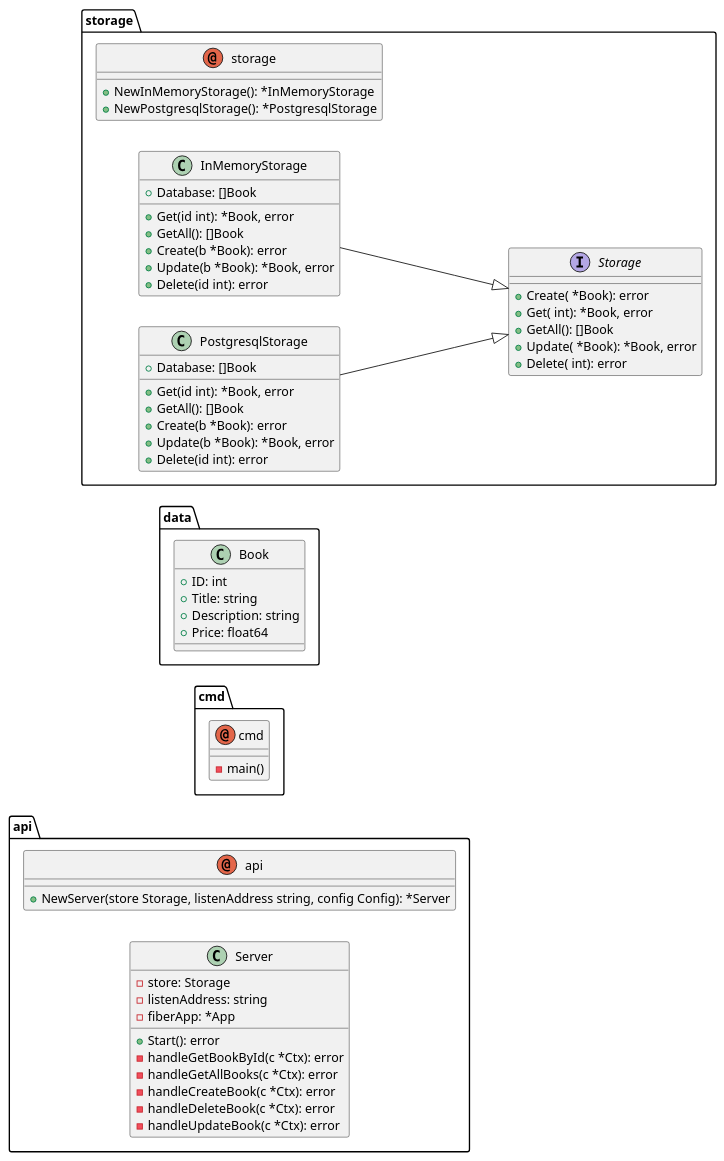
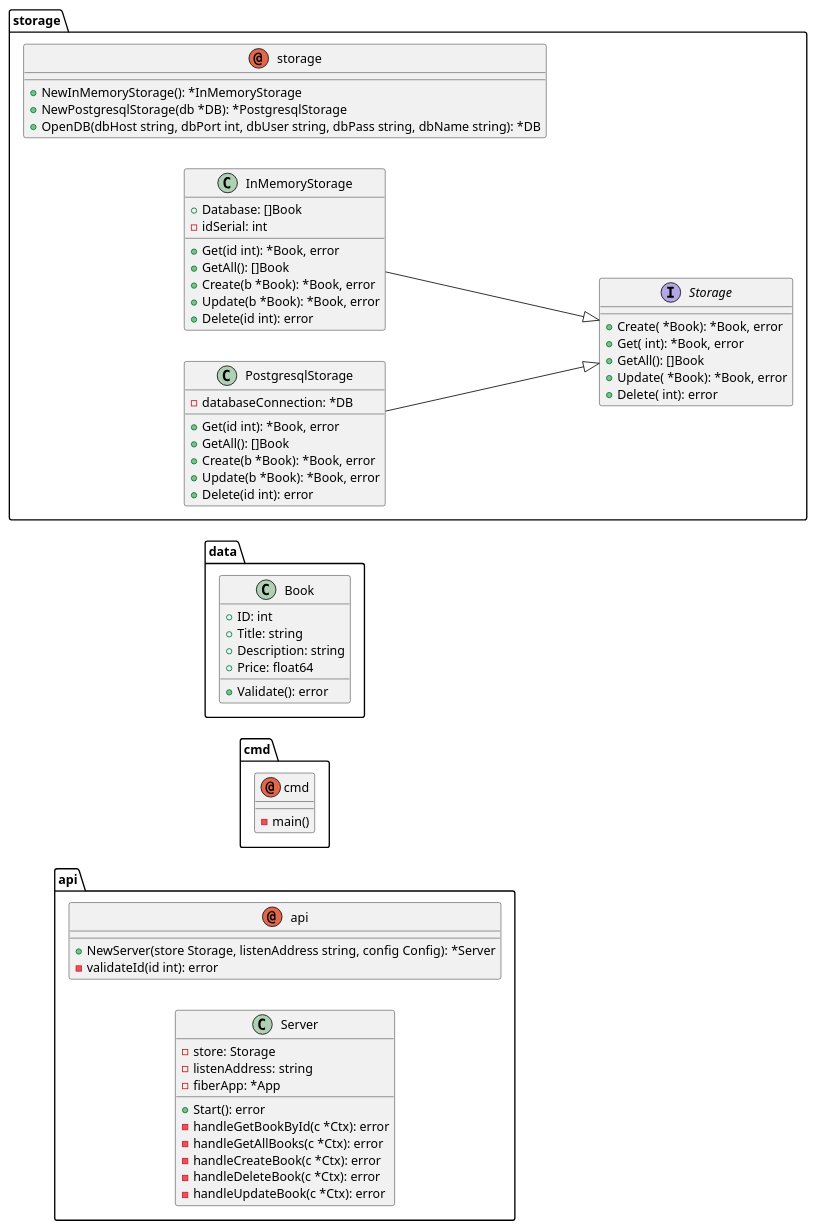
The diagram in docs/graph.puml (torbendury/books-go), drawn with PlantUML before and after one commit.

Commit message:
chore: PlantUML graph

```diff
--- a/docs/graph.puml
+++ b/docs/graph.puml
@@ -1,71 +1,74 @@
 @startuml
 left to right direction
 package api{
 annotation api {
 
 
 +NewServer(store Storage, listenAddress string, config Config): *Server
+-validateId(id int): error
 }
 class Server {
 -store: Storage
 -listenAddress: string
 -fiberApp: *App
 +Start(): error
 -handleGetBookById(c *Ctx): error
 -handleGetAllBooks(c *Ctx): error
 -handleCreateBook(c *Ctx): error
 -handleDeleteBook(c *Ctx): error
 -handleUpdateBook(c *Ctx): error
 }
 }
 package cmd{
 annotation cmd {
 
 
 -main()
 }
 }
 package data{
 class Book {
 +ID: int
 +Title: string
 +Description: string
 +Price: float64
-
++Validate(): error
 }
 }
 package storage{
 annotation storage {
 
 
 +NewInMemoryStorage(): *InMemoryStorage
-+NewPostgresqlStorage(): *PostgresqlStorage
++NewPostgresqlStorage(db *DB): *PostgresqlStorage
++OpenDB(dbHost string, dbPort int, dbUser string, dbPass string, dbName string): *DB
 }
 interface Storage{
-+Create( *Book): error
++Create( *Book): *Book, error
 +Get( int): *Book, error
 +GetAll(): []Book
 +Update( *Book): *Book, error
 +Delete( int): error
 }
 class InMemoryStorage {
 +Database: []Book
+-idSerial: int
 +Get(id int): *Book, error
 +GetAll(): []Book
-+Create(b *Book): error
++Create(b *Book): *Book, error
 +Update(b *Book): *Book, error
 +Delete(id int): error
 }
 class PostgresqlStorage {
-+Database: []Book
+-databaseConnection: *DB
 +Get(id int): *Book, error
 +GetAll(): []Book
-+Create(b *Book): error
++Create(b *Book): *Book, error
 +Update(b *Book): *Book, error
 +Delete(id int): error
 }
 }
 
 "InMemoryStorage" --|> "Storage"
 "PostgresqlStorage" --|> "Storage"
 @enduml
```
